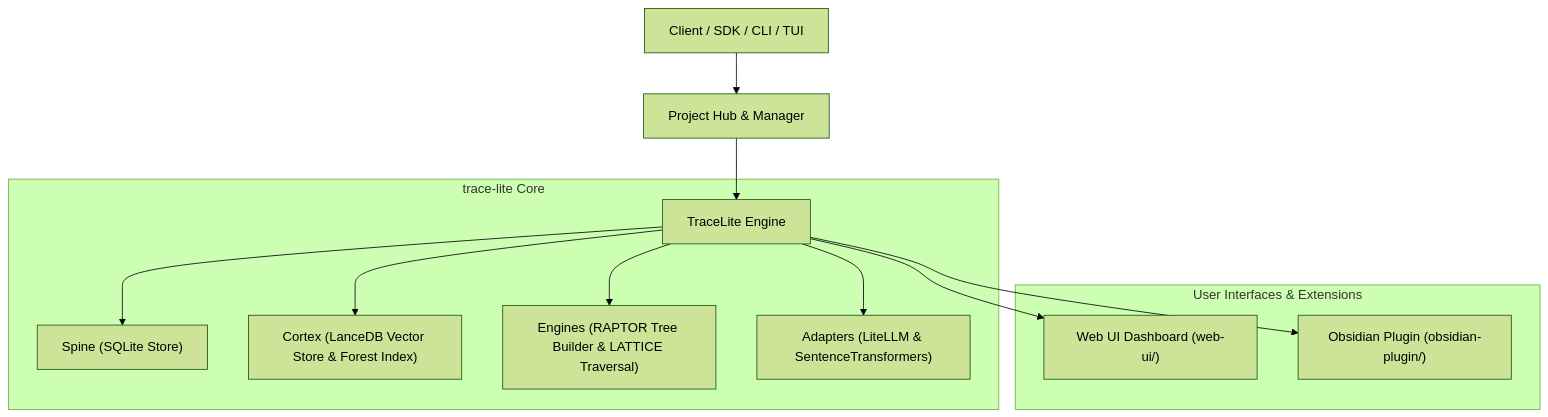
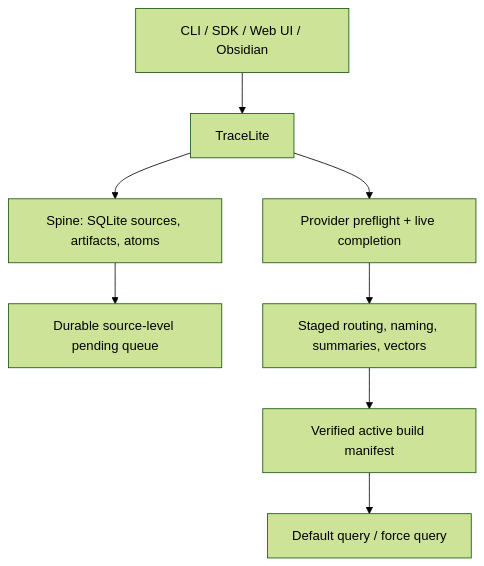
Before and after one commit to Anshul48/trace-lite: the diagram in README.md, drawn with Mermaid (forest theme). The commit also changed other lines of this file and 78 other files, not shown here.

Commit message:
feat: modernize CLI, TUI, Web UI, diagnostics, and test suite

````diff
--- a/README.md
+++ b/README.md
@@ -19,17 +26,10 @@
-```mermaid
+~~~mermaid
 graph TD
-    User["Client / SDK / CLI / TUI"] --> Hub["Project Hub & Manager"]
-    Hub --> DB["TraceLite Engine"]
-
-    subgraph Core ["trace-lite Core"]
-        DB --> Spine["Spine (SQLite Store)"]
-        DB --> Cortex["Cortex (LanceDB Vector Store & Forest Index)"]
-        DB --> Engines["Engines (RAPTOR Tree Builder & LATTICE Traversal)"]
-        DB --> Adapters["Adapters (LiteLLM & SentenceTransformers)"]
-    end
-
-    subgraph Frontends ["User Interfaces & Extensions"]
-        DB --> WebUI["Web UI Dashboard (web-ui/)"]
-        DB --> Obsidian["Obsidian Plugin (obsidian-plugin/)"]
-    end
-```
+    Client["CLI / SDK / Web UI / Obsidian"] --> DB["TraceLite"]
+    DB --> Spine["Spine: SQLite sources, artifacts, atoms"]
+    Spine --> Queue["Durable source-level pending queue"]
+    DB --> Preflight["Provider preflight + live completion"]
+    Preflight --> Stage["Staged routing, naming, summaries, vectors"]
+    Stage --> Manifest["Verified active build manifest"]
+    Manifest --> Query["Default query / force query"]
+~~~
````
